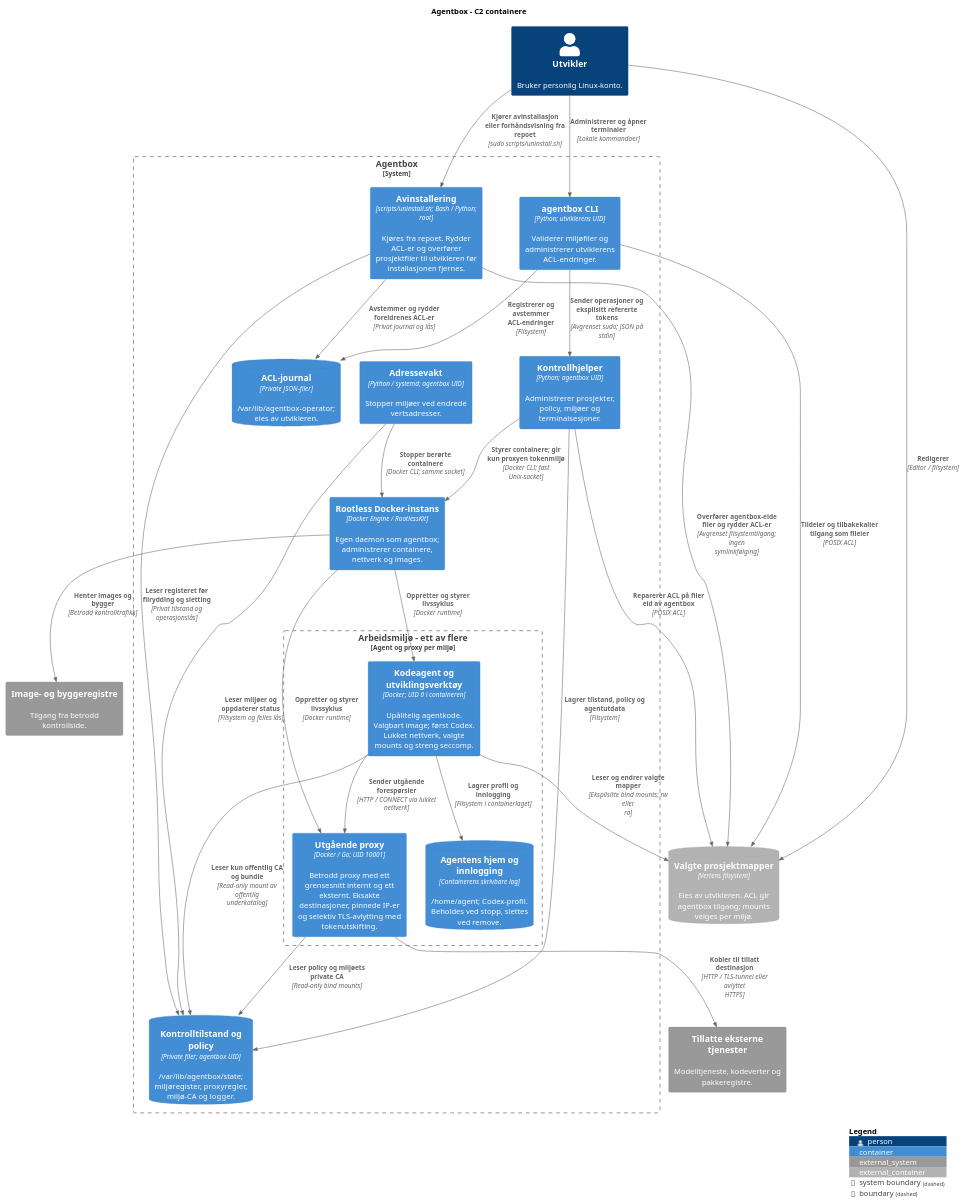
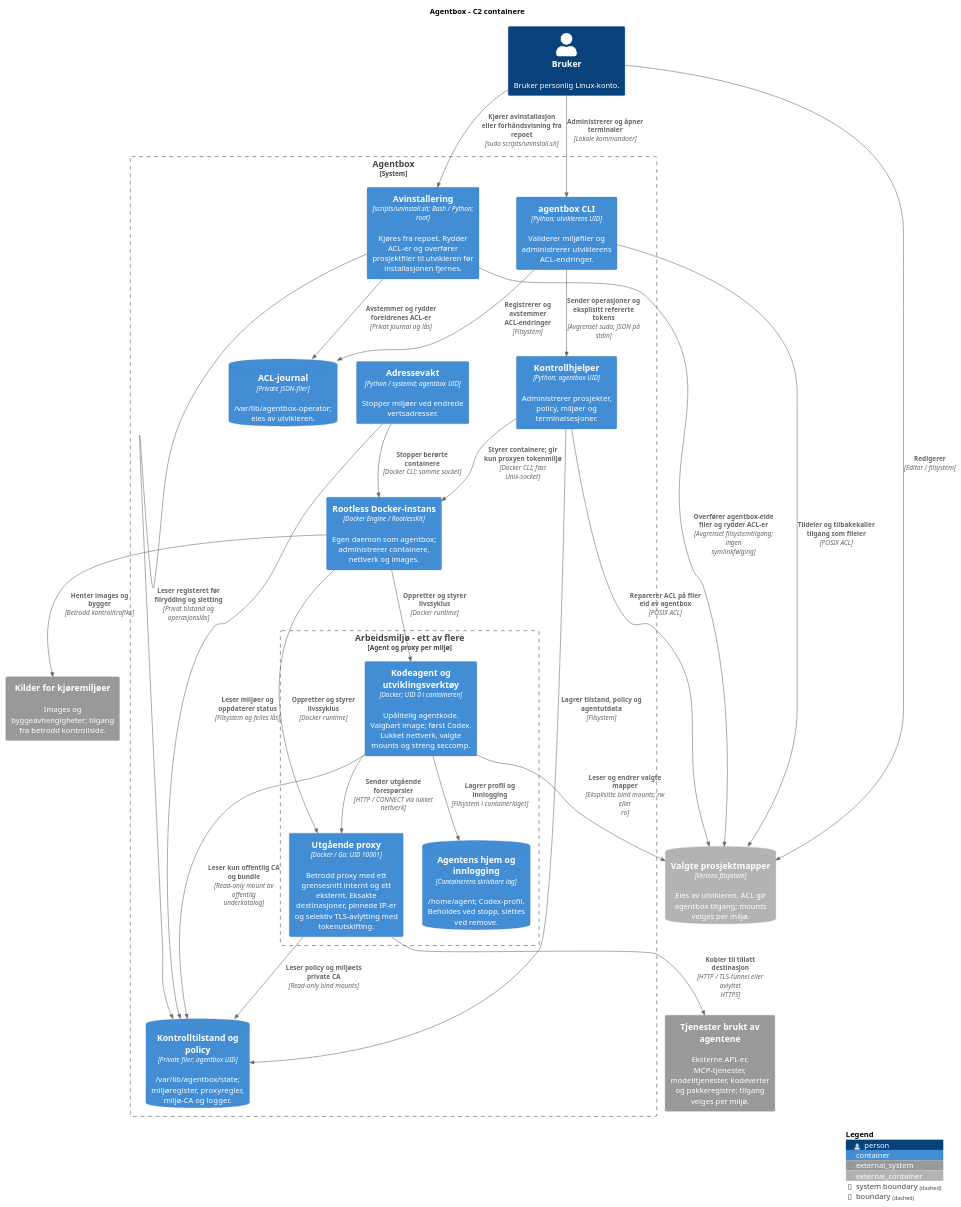
One commit to oisteink/agentbox changed the second of 3 diagrams in docs/architecture-c4.md. Above: the diagram before and after it, drawn with PlantUML. The commit also changed other lines of this file and 16 other files, not shown here.

Commit message:
Clarify token examples and architecture diagrams

````diff
--- a/docs/architecture-c4.md
+++ b/docs/architecture-c4.md
@@ -56,53 +59,53 @@
 ```plantuml
 @startuml agentbox-containers
 !include <C4/C4_Container>
 LAYOUT_TOP_DOWN()
 title Agentbox - C2 containere
 
-Person(developer, "Utvikler", "Bruker personlig Linux-konto.")
+Person(developer, "Bruker", "Bruker personlig Linux-konto.")
 ContainerDb_Ext(projects, "Valgte prosjektmapper", "Vertens filsystem", "Eies av utvikleren. ACL gir agentbox tilgang; mounts velges per miljø.")
-System_Ext(services, "Tillatte eksterne tjenester", "Modelltjeneste, kodeverter og pakkeregistre.")
-System_Ext(registry, "Image- og byggeregistre", "Tilgang fra betrodd kontrollside.")
+System_Ext(services, "Tjenester brukt av agentene", "Eksterne API-er, MCP-tjenester, modelltjenester, kodeverter og pakkeregistre; tilgang velges per miljø.")
+System_Ext(registry, "Kilder for kjøremiljøer", "Images og byggeavhengigheter; tilgang fra betrodd kontrollside.")
 
 System_Boundary(agentbox, "Agentbox") {
     Container(cli, "agentbox CLI", "Python; utviklerens UID", "Validerer miljøfiler og administrerer utviklerens ACL-endringer.")
     ContainerDb(journal, "ACL-journal", "Private JSON-filer", "/var/lib/agentbox-operator; eies av utvikleren.")
     Container(control, "Kontrollhjelper", "Python; agentbox UID", "Administrerer prosjekter, policy, miljøer og terminalsesjoner.")
     Container(uninstall, "Avinstallering", "scripts/uninstall.sh; Bash / Python; root", "Kjøres fra repoet. Rydder ACL-er og overfører prosjektfiler til utvikleren før installasjonen fjernes. ")
     Container(watch, "Adressevakt", "Python / systemd; agentbox UID", "Stopper miljøer ved endrede vertsadresser.")
     ContainerDb(state, "Kontrolltilstand og policy", "Private filer; agentbox UID", "/var/lib/agentbox/state; miljøregister, proxyregler, miljø-CA og logger.")
     Container(docker, "Rootless Docker-instans", "Docker Engine / RootlessKit", "Egen daemon som agentbox; administrerer containere, nettverk og images.")
 
     Boundary(environment, "Arbeidsmiljø - ett av flere", "Agent og proxy per miljø") {
         Container(agent, "Kodeagent og utviklingsverktøy", "Docker; UID 0 i containeren", "Upålitelig agentkode. Valgbart image; først Codex. Lukket nettverk, valgte mounts og streng seccomp.")
         Container(proxy, "Utgående proxy", "Docker / Go; UID 10001", "Betrodd proxy med ett grensesnitt internt og ett eksternt. Eksakte destinasjoner, pinnede IP-er og selektiv TLS-avlytting med tokenutskifting.")
         ContainerDb(home, "Agentens hjem og innlogging", "Containerens skrivbare lag", "/home/agent; Codex-profil. Beholdes ved stopp, slettes ved remove.")
     }
 }
 
 Rel(developer, cli, "Administrerer og åpner terminaler", "Lokale kommandoer")
 Rel(developer, projects, "Redigerer", "Editor / filsystem")
 Rel(cli, journal, "Registrerer og avstemmer ACL-endringer", "Filsystem")
 Rel(cli, projects, "Tildeler og tilbakekaller tilgang som fileier", "POSIX ACL")
 Rel(cli, control, "Sender operasjoner og eksplisitt refererte tokens", "Avgrenset sudo; JSON på stdin")
 Rel(developer, uninstall, "Kjører avinstallasjon eller forhåndsvisning fra repoet", "sudo scripts/uninstall.sh")
 Rel(uninstall, projects, "Overfører agentbox-eide filer og rydder ACL-er", "Avgrenset filsystemtilgang; ingen symlinkfølging")
 Rel(uninstall, state, "Leser registeret før filrydding og sletting", "Privat tilstand og operasjonslås")
 Rel(uninstall, journal, "Avstemmer og rydder foreldrenes ACL-er", "Privat journal og lås")
 Rel(control, projects, "Reparerer ACL på filer eid av agentbox", "POSIX ACL")
 Rel(control, state, "Lagrer tilstand, policy og agentutdata", "Filsystem")
 Rel(watch, state, "Leser miljøer og oppdaterer status", "Filsystem og felles lås")
 Rel(control, docker, "Styrer containere; gir kun proxyen tokenmiljø", "Docker CLI; fast Unix-socket")
 Rel(watch, docker, "Stopper berørte containere", "Docker CLI; samme socket")
 Rel(docker, agent, "Oppretter og styrer livssyklus", "Docker runtime")
 Rel(docker, proxy, "Oppretter og styrer livssyklus", "Docker runtime")
 Rel(docker, registry, "Henter images og bygger", "Betrodd kontrolltrafikk")
 Rel(agent, projects, "Leser og endrer valgte mapper", "Eksplisitte bind mounts; rw eller ro")
 Rel(agent, home, "Lagrer profil og innlogging", "Filsystem i containerlaget")
 Rel(agent, proxy, "Sender utgående forespørsler", "HTTP / CONNECT via lukket nettverk")
 Rel(proxy, state, "Leser policy og miljøets private CA", "Read-only bind mounts")
 Rel(agent, state, "Leser kun offentlig CA og bundle", "Read-only mount av offentlig underkatalog")
 Rel(proxy, services, "Kobler til tillatt destinasjon", "HTTP / TLS-tunnel eller avlyttet HTTPS")
 SHOW_LEGEND()
 @enduml
 ```
````
